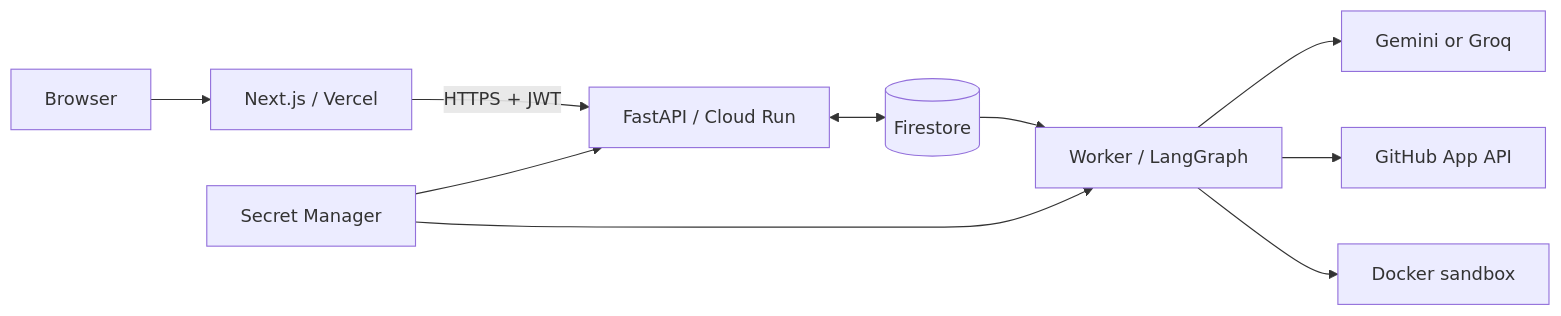
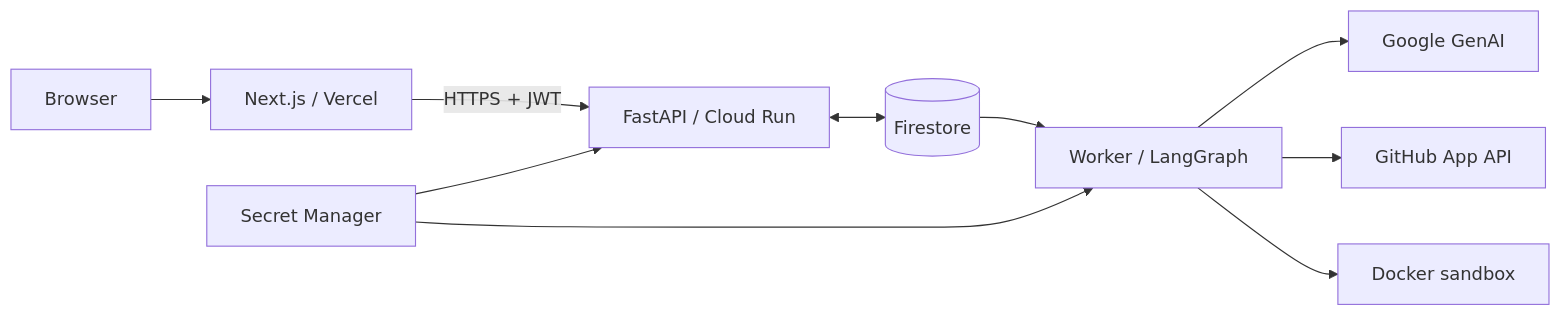
The first of 2 diagrams in docs/GitResolve_TRD.md (OjasPal/GitResolve), drawn with Mermaid before and after one commit. The commit also changed other lines of this file and 27 other files, not shown here.

````diff
--- a/docs/GitResolve_TRD.md
+++ b/docs/GitResolve_TRD.md
@@ -25,12 +25,12 @@
 ```mermaid
 flowchart LR
   U[Browser] --> FE[Next.js / Vercel]
   FE -->|HTTPS + JWT| API[FastAPI / Cloud Run]
   API <--> DB[(Firestore)]
   DB --> W[Worker / LangGraph]
-  W --> LLM[Gemini or Groq]
+  W --> LLM[Google GenAI]
   W --> GH[GitHub App API]
   W --> SB[Docker sandbox]
   SM[Secret Manager] --> API
   SM --> W
 ```
````
